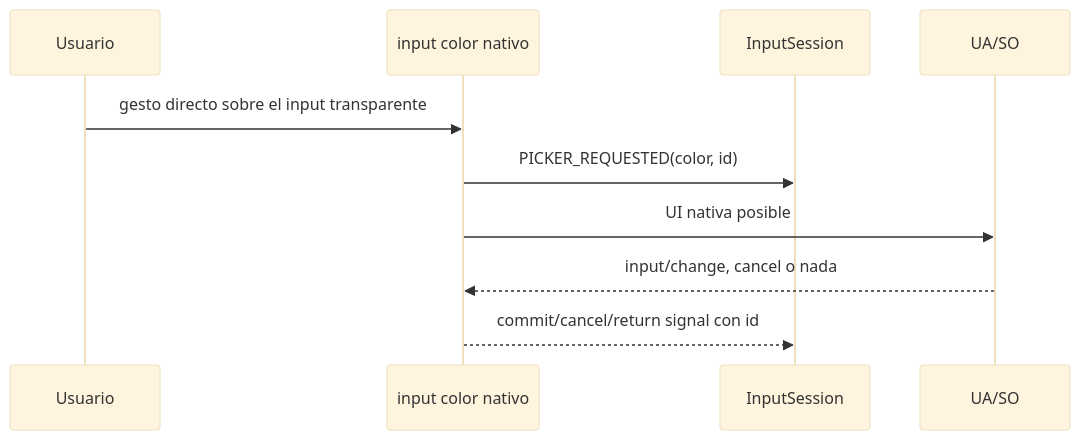
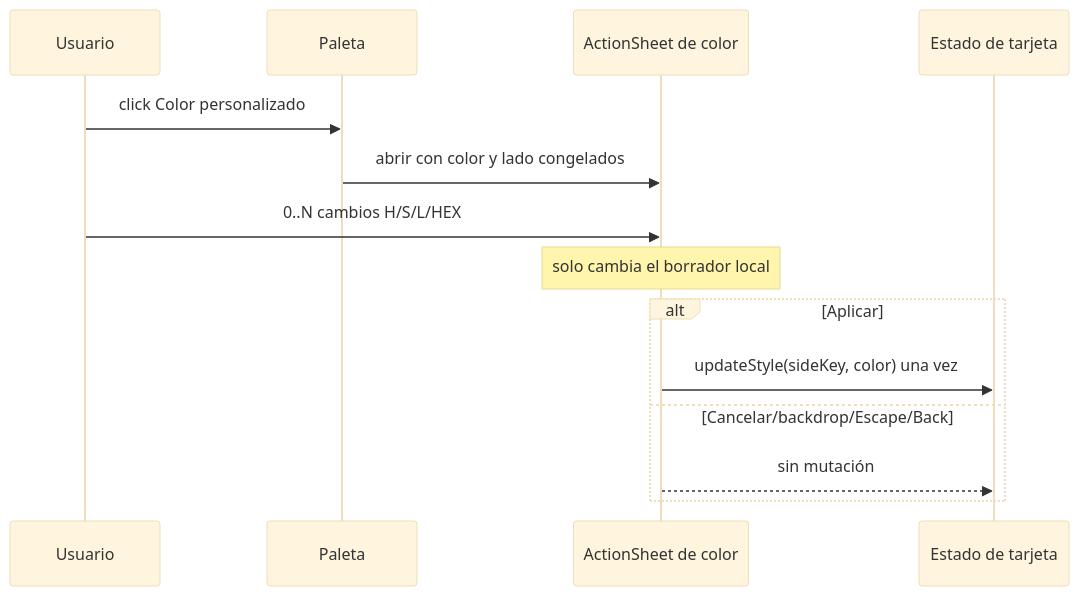
One commit to CesarJGB/Under-FlashCards-FrontEnd changed the fifth of 10 diagrams in docs/platform-limitations/manual-editor-v2-state-machines.md. Above: the diagram before and after it, drawn with Mermaid (base theme). The commit also changed other lines of this file and 18 other files, not shown here.

````diff
--- a/docs/platform-limitations/manual-editor-v2-state-machines.md
+++ b/docs/platform-limitations/manual-editor-v2-state-machines.md
@@ -172,12 +172,16 @@
 ```mermaid
 sequenceDiagram
   participant U as Usuario
-  participant I as input color nativo
-  participant S as InputSession
-  participant N as UA/SO
-  U->>I: gesto directo sobre el input transparente
-  I->>S: PICKER_REQUESTED(color, id)
-  I->>N: UI nativa posible
-  N-->>I: input/change, cancel o nada
-  I-->>S: commit/cancel/return signal con id
+  participant P as Paleta
+  participant A as ActionSheet de color
+  participant D as Estado de tarjeta
+  U->>P: click Color personalizado
+  P->>A: abrir con color y lado congelados
+  U->>A: 0..N cambios H/S/L/HEX
+  Note over A: solo cambia el borrador local
+  alt Aplicar
+    A->>D: updateStyle(sideKey, color) una vez
+  else Cancelar/backdrop/Escape/Back
+    A-->>D: sin mutación
+  end
 ```
````
